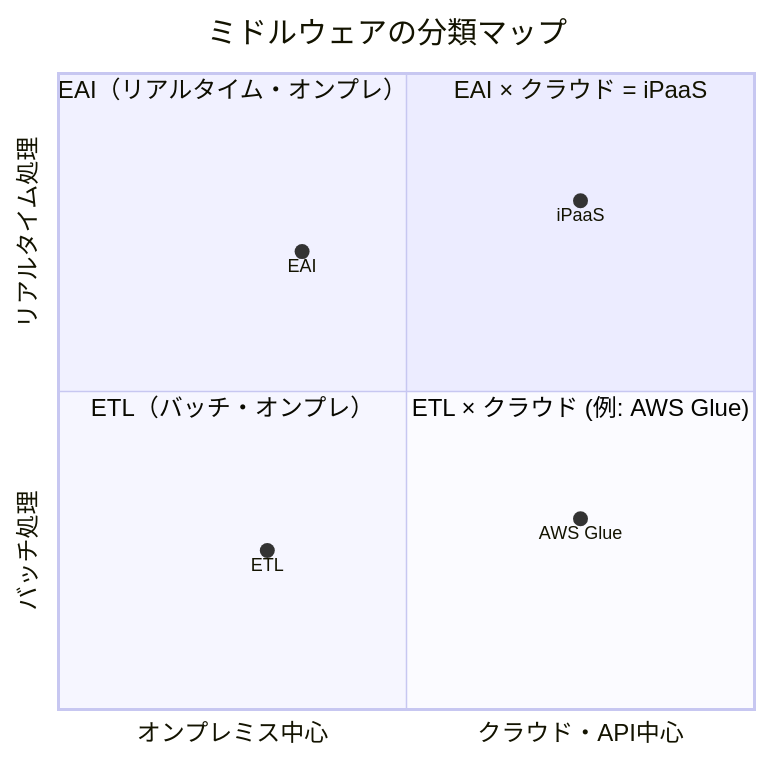
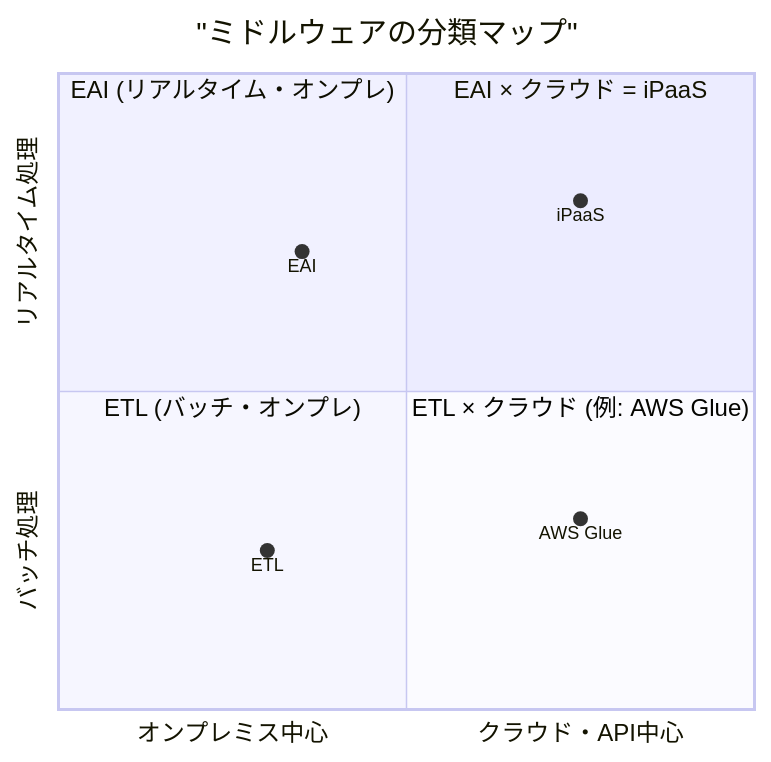
One commit to yuichiro0803/Obsidian changed the diagram in projects/04_個人学習/[🏁] P08_データ連携手法の学習/01_PHAZE1 土台固め/01_連携ミドルウェア選定/02_ミドルウェアカテゴリの分類と特性.md. Above: the diagram before and after it, drawn with Mermaid.

Commit message:
fix(P08): Mermaid quadrantChartのシンタックスエラーを修正（ラベルのクォート処理）

````diff
--- a/projects/04_個人学習/[🏁] P08_データ連携手法の学習/01_PHAZE1 土台固め/01_連携ミドルウェア選定/02_ミドルウェアカテゴリの分類と特性.md
+++ b/projects/04_個人学習/[🏁] P08_データ連携手法の学習/01_PHAZE1 土台固め/01_連携ミドルウェア選定/02_ミドルウェアカテゴリの分類と特性.md
@@ -9,14 +9,14 @@
 ```mermaid
 quadrantChart
-    title ミドルウェアの分類マップ
-    x-axis オンプレミス中心 --> クラウド・API中心
-    y-axis バッチ処理 --> リアルタイム処理
-    quadrant-1 EAI × クラウド = iPaaS
-    quadrant-2 EAI（リアルタイム・オンプレ）
-    quadrant-3 ETL（バッチ・オンプレ）
+    title "ミドルウェアの分類マップ"
+    x-axis "オンプレミス中心" --> "クラウド・API中心"
+    y-axis "バッチ処理" --> "リアルタイム処理"
+    quadrant-1 "EAI × クラウド = iPaaS"
+    quadrant-2 "EAI (リアルタイム・オンプレ)"
+    quadrant-3 "ETL (バッチ・オンプレ)"
     quadrant-4 "ETL × クラウド (例: AWS Glue)"
-    EAI: [0.35, 0.72]
-    iPaaS: [0.75, 0.80]
-    ETL: [0.3, 0.25]
-    AWS Glue: [0.75, 0.30]
+    "EAI": [0.35, 0.72]
+    "iPaaS": [0.75, 0.80]
+    "ETL": [0.3, 0.25]
+    "AWS Glue": [0.75, 0.30]
 ```
````
